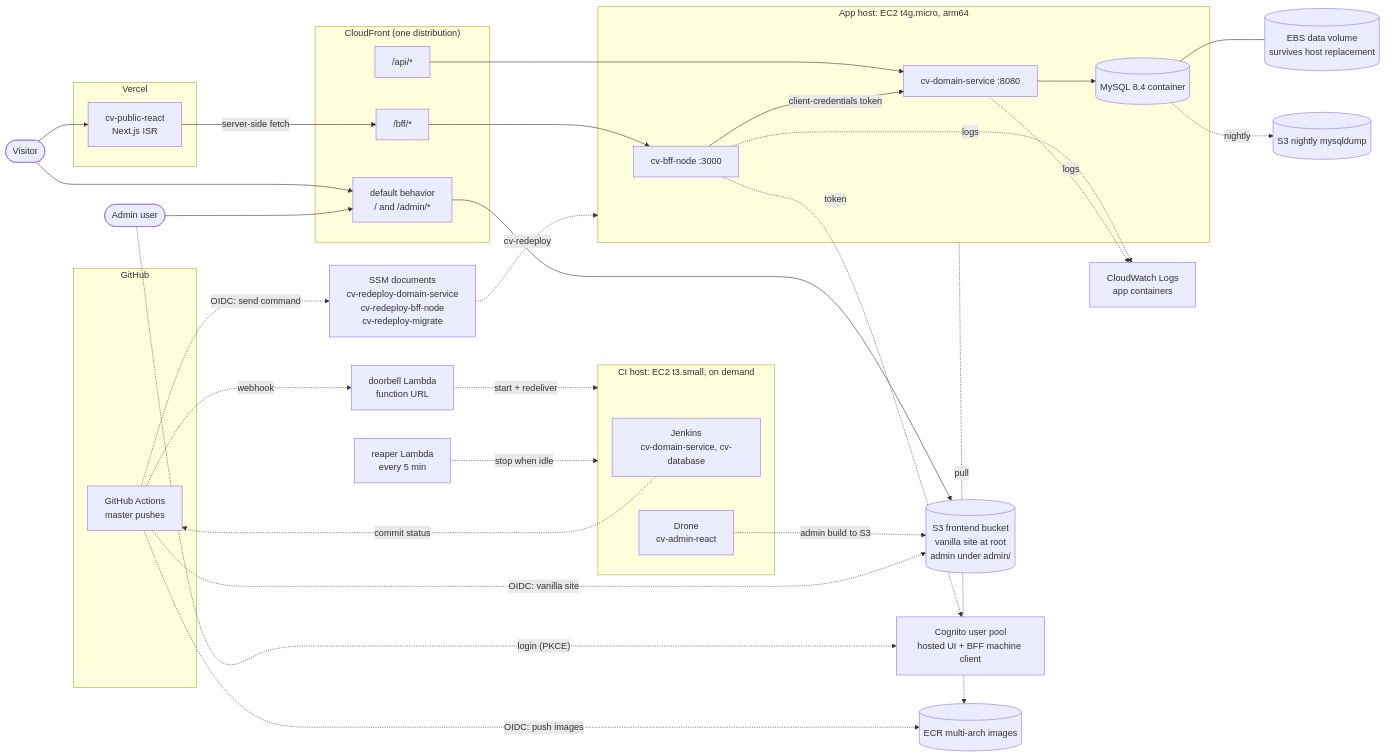
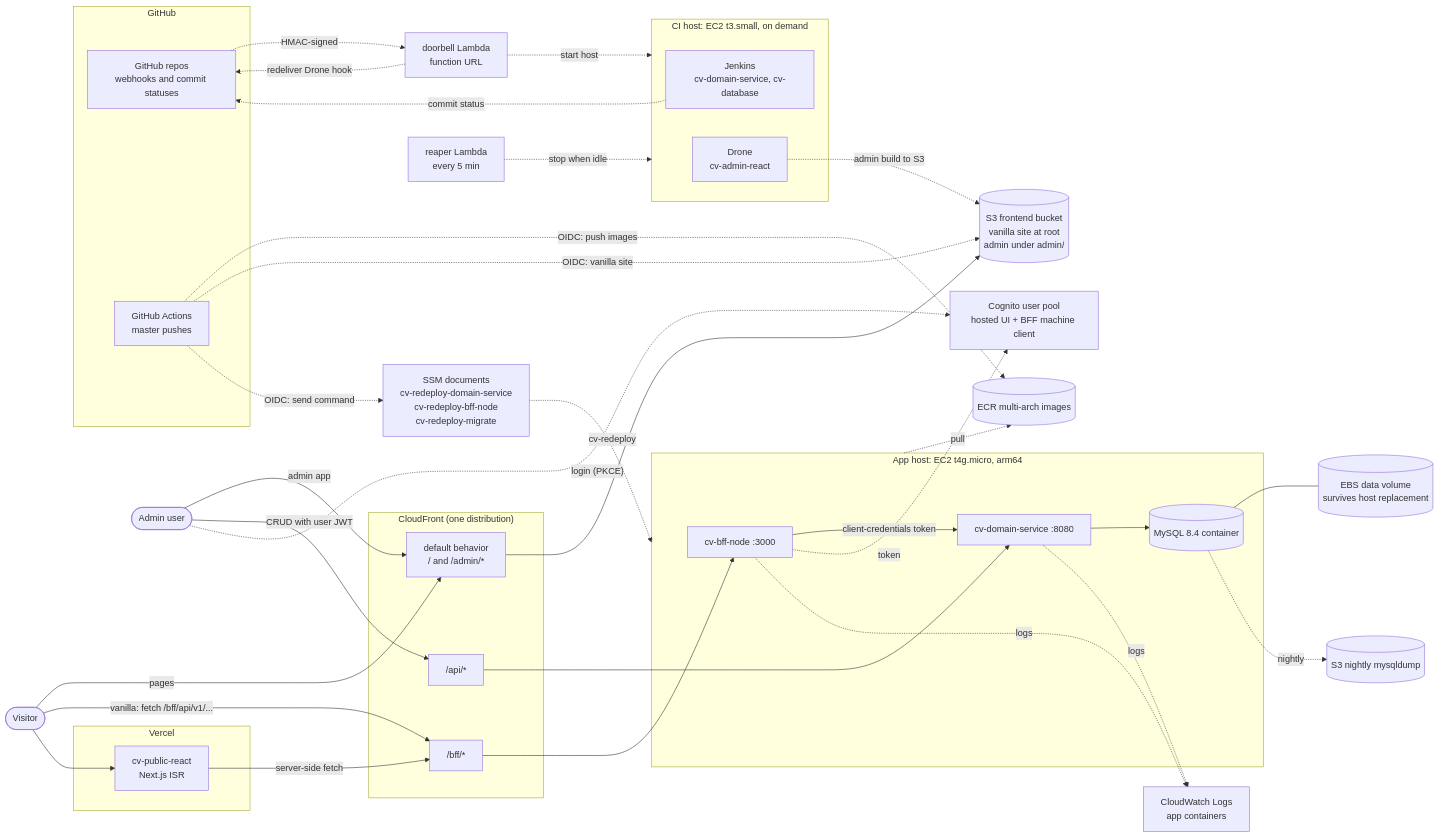
Before and after one commit to erfeamor/curriculum: the diagram in docs/architecture.md, drawn with Mermaid. The commit also changed other lines of this file and 4 other files, not shown here.

Commit message:
docs: T-502 review round 1 — browser request paths and GitHub webhooks in the diagram, Drone-only redelivery, unversioned skills, one deploy role, host-replacement triggers

````diff
--- a/docs/architecture.md
+++ b/docs/architecture.md
@@ -24,69 +24,73 @@
 ```mermaid
 flowchart LR
     visitor([Visitor])
     admin([Admin user])
 
     subgraph Vercel
         NEXT["cv-public-react<br/>Next.js ISR"]
     end
 
     subgraph Edge["CloudFront (one distribution)"]
         CF_ROOT["default behavior<br/>/ and /admin/*"]
         CF_API["/api/*"]
         CF_BFF["/bff/*"]
     end
 
     S3[("S3 frontend bucket<br/>vanilla site at root<br/>admin under admin/")]
 
     subgraph AppHost["App host: EC2 t4g.micro, arm64"]
         BFF["cv-bff-node :3000"]
         DOM["cv-domain-service :8080"]
         MYSQL[("MySQL 8.4 container")]
     end
 
     EBS[("EBS data volume<br/>survives host replacement")]
     BACKUPS[("S3 nightly mysqldump")]
     COGNITO["Cognito user pool<br/>hosted UI + BFF machine client"]
     CWL["CloudWatch Logs<br/>app containers"]
     ECR[("ECR multi-arch images")]
 
-    visitor --> CF_ROOT
+    visitor -->|"pages"| CF_ROOT
+    visitor -->|"vanilla: fetch /bff/api/v1/..."| CF_BFF
     visitor --> NEXT
-    admin --> CF_ROOT
+    admin -->|"admin app"| CF_ROOT
+    admin -->|"CRUD with user JWT"| CF_API
     admin -.->|"login (PKCE)"| COGNITO
     CF_ROOT --> S3
     CF_API --> DOM
     CF_BFF --> BFF
     NEXT -->|"server-side fetch"| CF_BFF
     BFF -->|"client-credentials token"| DOM
     BFF -.->|"token"| COGNITO
     DOM --> MYSQL
     MYSQL --- EBS
     MYSQL -.->|"nightly"| BACKUPS
     BFF -.->|logs| CWL
     DOM -.->|logs| CWL
 
     subgraph GitHub
+        HOOKS["GitHub repos<br/>webhooks and commit statuses"]
         GHA["GitHub Actions<br/>master pushes"]
     end
 
     subgraph CI["CI host: EC2 t3.small, on demand"]
         JENKINS["Jenkins<br/>cv-domain-service, cv-database"]
         DRONE["Drone<br/>cv-admin-react"]
     end
 
     DOORBELL["doorbell Lambda<br/>function URL"]
     REAPER["reaper Lambda<br/>every 5 min"]
     SSMDOC["SSM documents<br/>cv-redeploy-domain-service<br/>cv-redeploy-bff-node<br/>cv-redeploy-migrate"]
 
-    GHA -.->|"webhook"| DOORBELL
-    DOORBELL -.->|"start + redeliver"| CI
+    HOOKS -.->|"HMAC-signed"| DOORBELL
+    DOORBELL -.->|"start host"| CI
+    DOORBELL -.->|"redeliver Drone hook"| HOOKS
     REAPER -.->|"stop when idle"| CI
-    JENKINS -.->|"commit status"| GHA
+    JENKINS -.->|"commit status"| HOOKS
     DRONE -.->|"admin build to S3"| S3
     GHA -.->|"OIDC: push images"| ECR
     GHA -.->|"OIDC: vanilla site"| S3
     GHA -.->|"OIDC: send command"| SSMDOC
     SSMDOC -.->|"cv-redeploy"| AppHost
     AppHost -.->|"pull"| ECR
 ```
````
